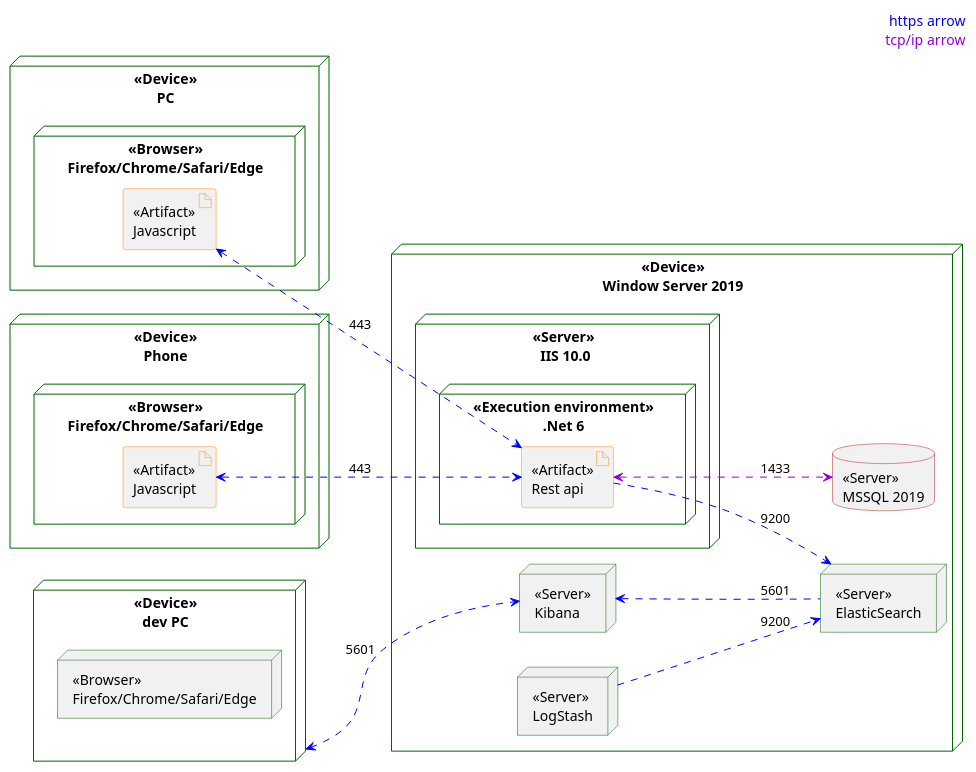
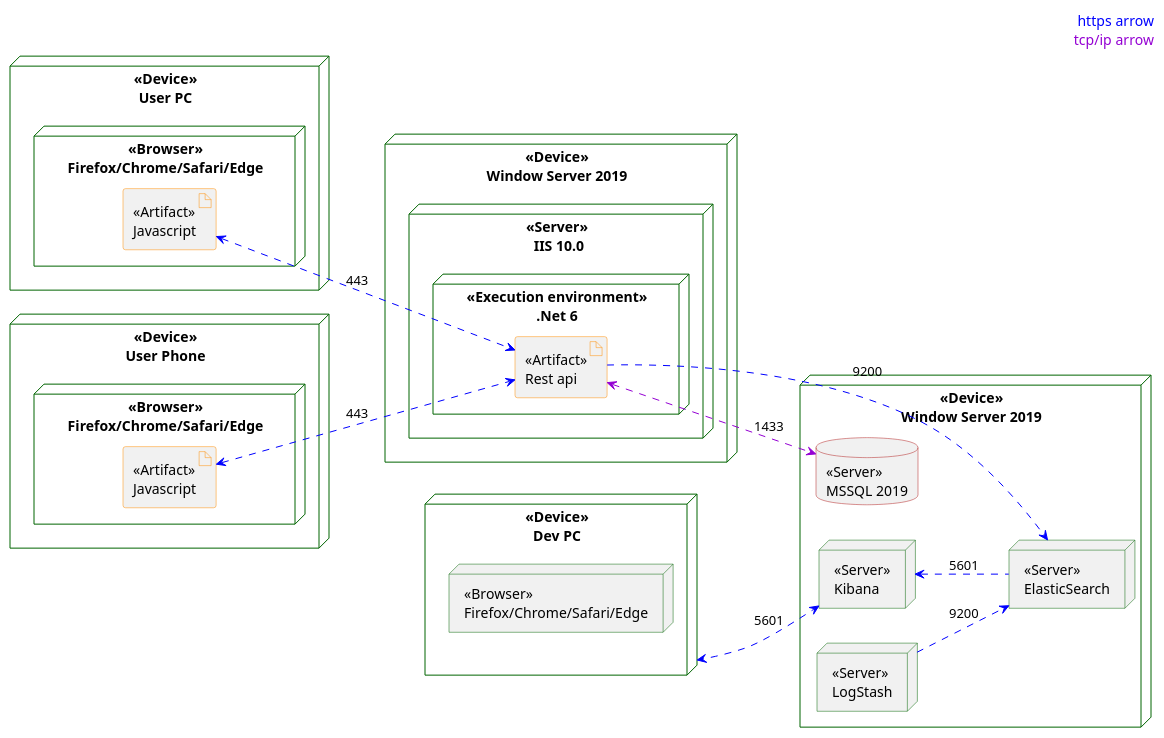
Before and after one commit to blackout1471/trust-us-school: the diagram in Docs/Deployment/Deployment.plantuml, drawn with PlantUML. The commit also changed 2 other files, not shown here.

Commit message:
Deployment diagram update (#26)
* Added deployment

* Added email & password requirments

```diff
--- a/Docs/Deployment/Deployment.plantuml
+++ b/Docs/Deployment/Deployment.plantuml
@@ -1,59 +1,62 @@
 @startuml deploymentdiagram
 
 skinparam ArtifactBorderColor DarkOrange
 skinparam NodeBorderColor Darkgreen
 skinparam DatabaseBorderColor firebrick
 
 skinparam ArrowColor<<https>> blue
 skinparam ArrowColor<<tcp>> darkviolet
 
 left to right direction
 
 header
 <font color=blue size=14>https arrow</font>
 <font color=darkviolet size=14>tcp/ip arrow</font> 
 endheader
 
 node "<<Device>>\nWindow Server 2019" as devserver {
+    
+    database "<<Server>>\nMSSQL 2019" as db
+
+    node "<<Server>>\nKibana" as kibana
+    node "<<Server>>\nElasticSearch" as elastic
+    node "<<Server>>\nLogStash" as logstash
+}
+
+node "<<Device>>\nWindow Server 2019" as apiServer {
     node "<<Server>>\n IIS 10.0" {
         node "<<Execution environment>>\n.Net 6" {
             artifact "<<Artifact>>\nRest api" as rest
         }
     }
-
-    database "<<Server>>\nMSSQL 2019" as db
-
-    node "<<Server>>\nKibana" as kibana
-    node "<<Server>>\nElasticSearch" as elastic
-    node "<<Server>>\nLogStash" as logstash
 }
 
 kibana <.. elastic<<https>> : 5601
 logstash ..> elastic<<https>> : 9200
 rest ..> elastic<<https>> : 9200
 
 rest <..> db<<tcp>> : 1433
 
-node "<<Device>>\nPC" as pc {
+node "<<Device>>\nUser PC" as pc {
     node "<<Browser>>\nFirefox/Chrome/Safari/Edge" as n1 {
         artifact "<<Artifact>>\nJavascript" as a1
     }
 }
 
-node "<<Device>>\nPhone" as phone {
+node "<<Device>>\nUser Phone" as phone {
     node "<<Browser>>\nFirefox/Chrome/Safari/Edge" as n2 {
         artifact "<<Artifact>>\nJavascript" as a2
     }
 }
 
-node "<<Device>>\ndev PC" as dev {
+node "<<Device>>\nDev PC" as dev {
     node "<<Browser>>\nFirefox/Chrome/Safari/Edge" as n3 
 }
 
 dev <..> kibana<<https>> : 5601
 
 a1 <..> rest<<https>> : 443
 a2 <..> rest<<https>> : 443
 
 
 @enduml
```
